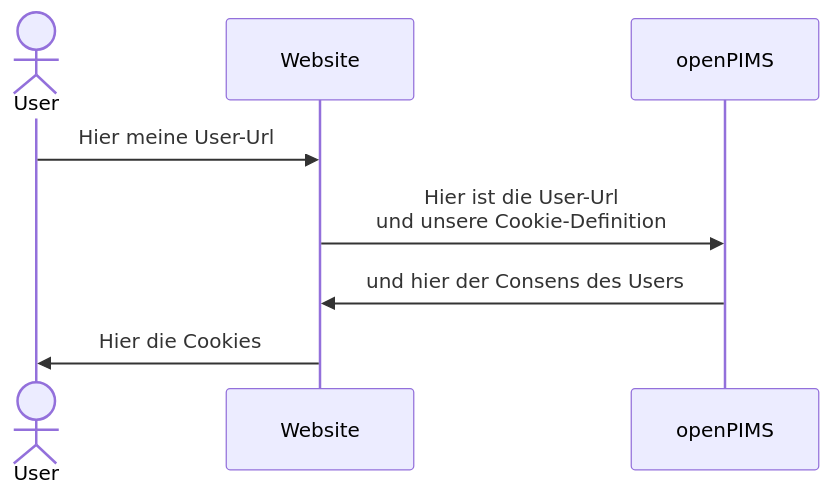
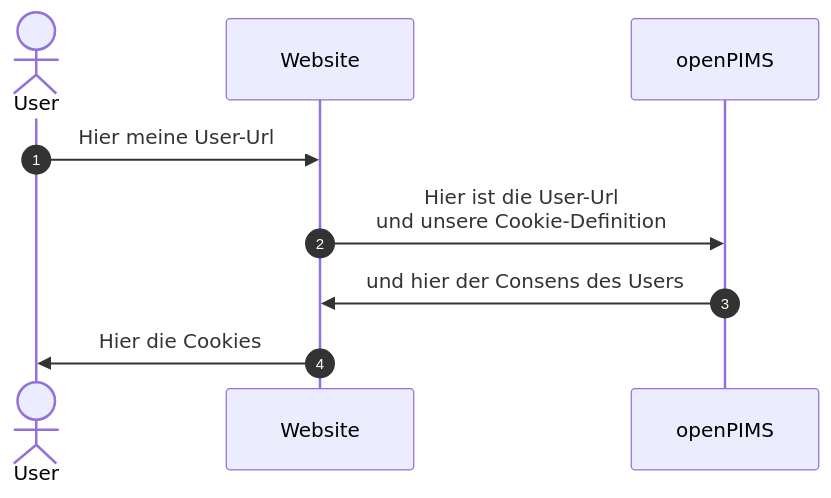
Before and after one commit to openpims/openpims: the third of 3 diagrams in README.md, drawn with Mermaid.

````diff
--- a/README.md
+++ b/README.md
@@ -68,8 +68,9 @@
 ```mermaid
   sequenceDiagram
+  autonumber
   actor User
     User->>Website: Hier meine User-Url
     Website->>openPIMS: Hier ist die User-Url<br>und unsere Cookie-Definition
     openPIMS->>Website: und hier der Consens des Users
     Website->>User: Hier die Cookies
 ```
````
